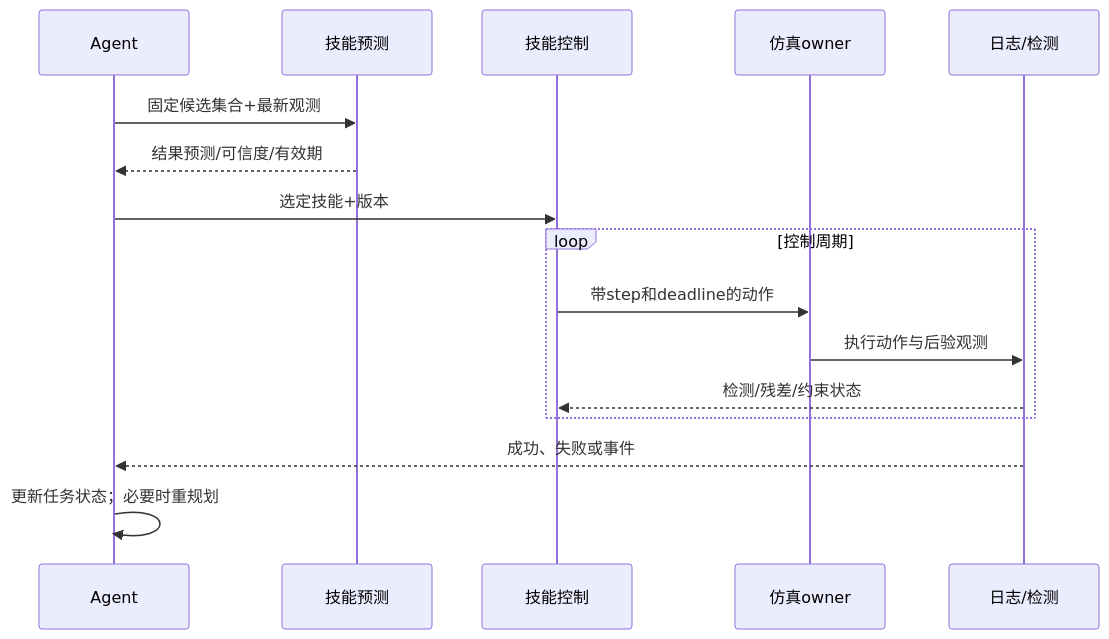
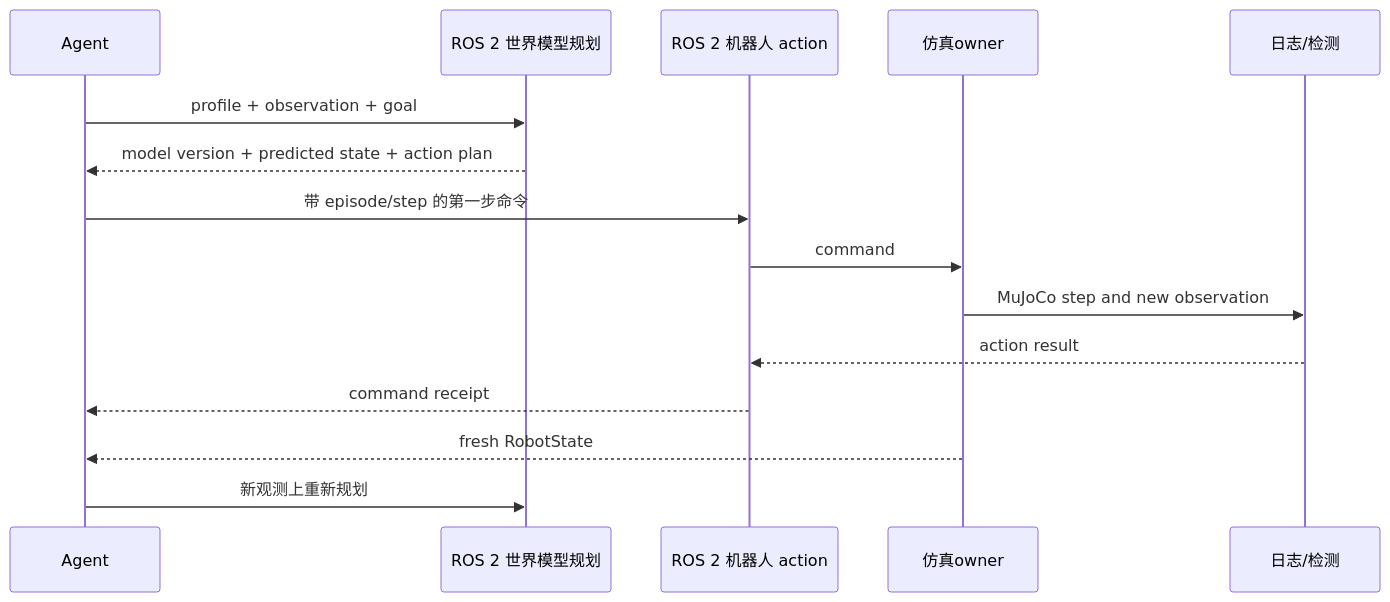
Before and after one commit to KD-CHL/world-model-agent-lab: the second of 3 diagrams in docs/03_architecture.md, drawn with Mermaid. The commit also changed other lines of this file and 22 other files, not shown here.

````diff
--- a/docs/03_architecture.md
+++ b/docs/03_architecture.md
@@ -35,18 +32,17 @@
 ```mermaid
 sequenceDiagram
  participant A as Agent
- participant P as 技能预测
- participant S as 技能控制
+ participant P as ROS 2 世界模型规划
+ participant S as ROS 2 机器人 action
  participant E as 仿真owner
  participant L as 日志/检测
- A->>P: 固定候选集合+最新观测
- P-->>A: 结果预测/可信度/有效期
- A->>S: 选定技能+版本
- loop 控制周期
- S->>E: 带step和deadline的动作
- E->>L: 执行动作与后验观测
- L-->>S: 检测/残差/约束状态
- end
- L-->>A: 成功、失败或事件
- A->>A: 更新任务状态；必要时重规划
+ A->>P: profile + observation + goal
+ P-->>A: model version + predicted state + action plan
+ A->>S: 带 episode/step 的第一步命令
+ S->>E: command
+ E->>L: MuJoCo step and new observation
+ L-->>S: action result
+ S-->>A: command receipt
+ E-->>A: fresh RobotState
+ A->>P: 新观测上重新规划
 ```
````
